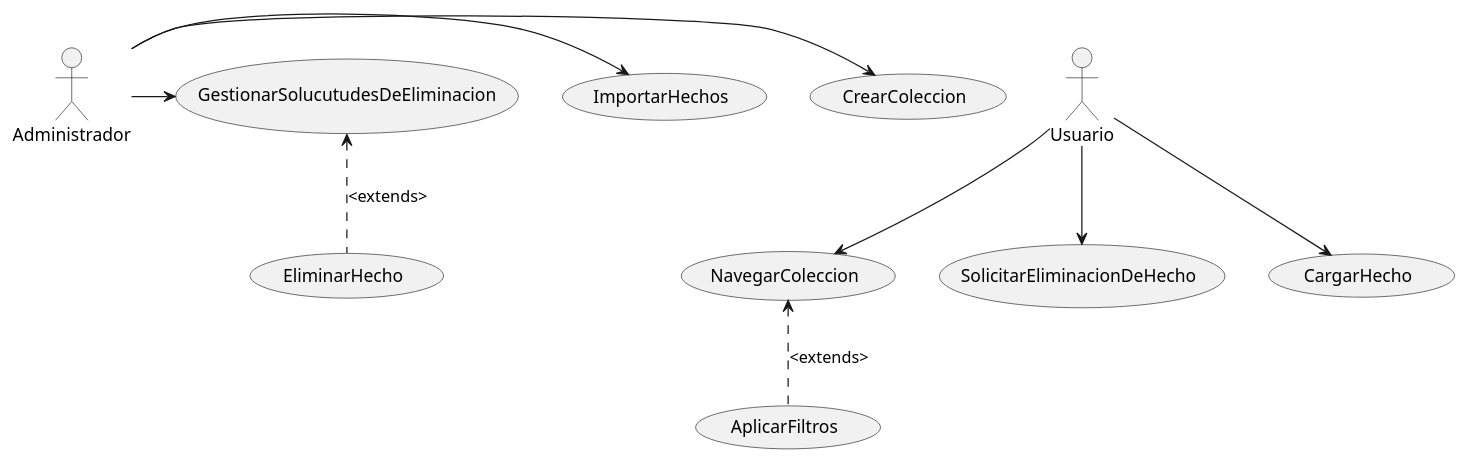
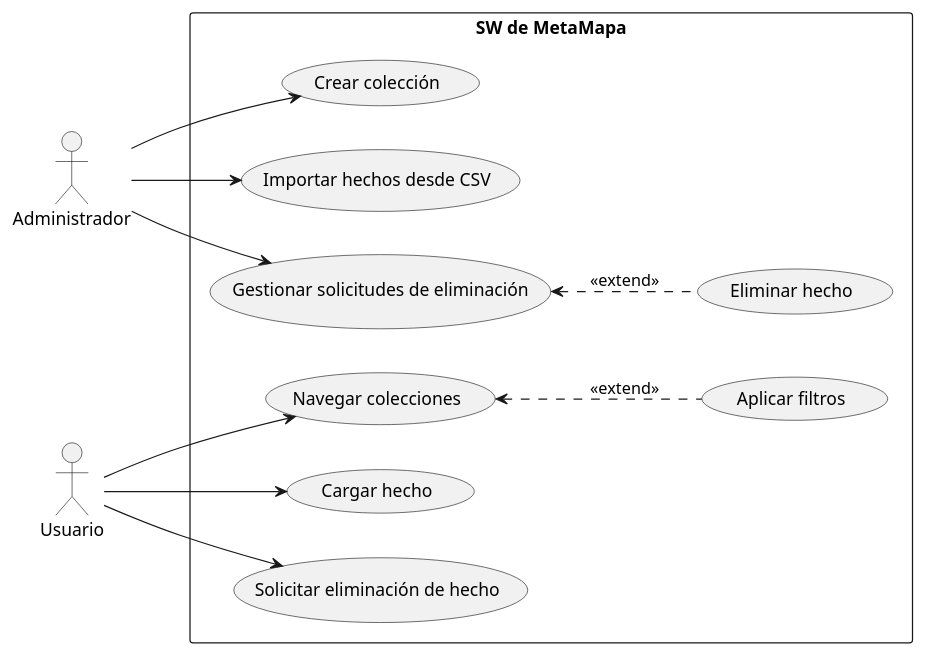
The diagram in src/main/diagramas/CasoDeUso1raEntrega.puml (vclevy/MetaMapa), drawn with PlantUML before and after one commit.

Commit message:
Caso de uso emprolijado

```diff
--- a/src/main/diagramas/CasoDeUso1raEntrega.puml
+++ b/src/main/diagramas/CasoDeUso1raEntrega.puml
@@ -1,16 +1,30 @@
 @startuml
-'https://plantuml.com/use-case-diagram
+left to right direction
+skinparam packageStyle rectangle
 
 
-Administrador -> (CrearColeccion)
-Administrador -> (ImportarHechos)
-Administrador -> (GestionarSolucutudesDeEliminacion)
-Usuario -->(NavegarColeccion)
-(NavegarColeccion)<.. (AplicarFiltros) : <extends>
-Usuario --> (SolicitarEliminacionDeHecho)
-Usuario --> (CargarHecho)
-(GestionarSolucutudesDeEliminacion) <.. (EliminarHecho): <extends>
+actor Administrador
+actor Usuario
 
+package "SW de MetaMapa" {
+  (Navegar colecciones)
+  (Aplicar filtros)
+  (Cargar hecho)
+  (Solicitar eliminación de hecho)
+  (Crear colección)
+  (Importar hechos desde CSV)
+  (Gestionar solicitudes de eliminación)
+  (Eliminar hecho)
+}
 
+Usuario --> (Navegar colecciones)
+(Navegar colecciones) <.. (Aplicar filtros) : <<extend>>
+Usuario --> (Cargar hecho)
+Usuario --> (Solicitar eliminación de hecho)
+
+Administrador --> (Crear colección)
+Administrador --> (Importar hechos desde CSV)
+Administrador --> (Gestionar solicitudes de eliminación)
+(Gestionar solicitudes de eliminación) <.. (Eliminar hecho) : <<extend>>
 
 @enduml
```
